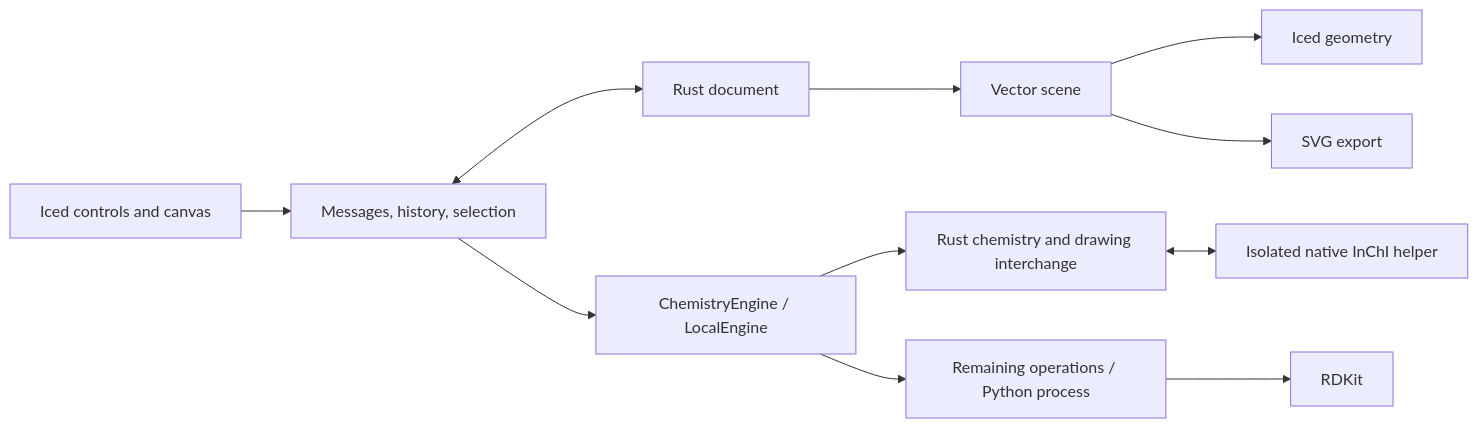
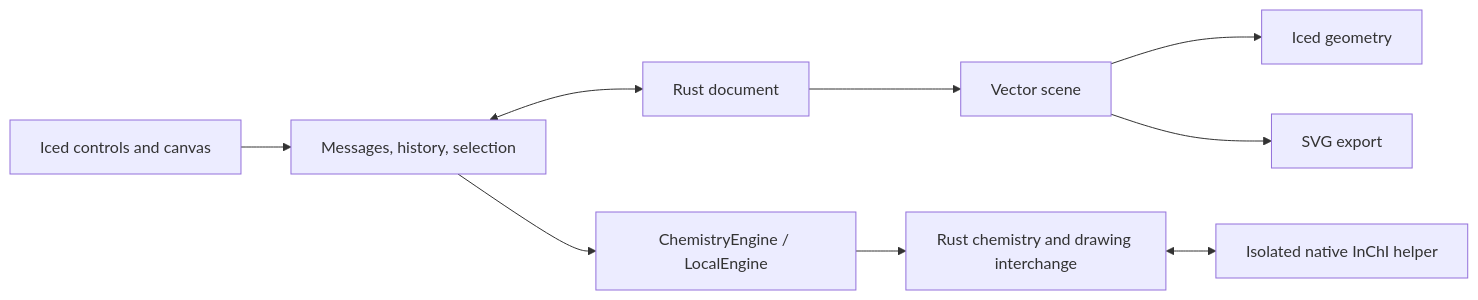
One commit to Ameyanagi/ReShiki changed the diagram in docs/architecture.md. Above: the diagram before and after it, drawn with Mermaid. The commit also changed other lines of this file and 17 other files, not shown here.

````diff
--- a/docs/architecture.md
+++ b/docs/architecture.md
@@ -5,13 +5,11 @@
 ```mermaid
 flowchart LR
     UI[Iced controls and canvas] --> App[Messages, history, selection]
     App <--> Doc[Rust document]
     Doc --> Scene[Vector scene]
     Scene --> Canvas[Iced geometry]
     Scene --> SVG[SVG export]
     App --> Local[ChemistryEngine / LocalEngine]
     Local --> Rust[Rust chemistry and drawing interchange]
     Rust <--> InChI[Isolated native InChI helper]
-    Local --> Worker[Remaining operations / Python process]
-    Worker --> RDKit[RDKit]
 ```
````
